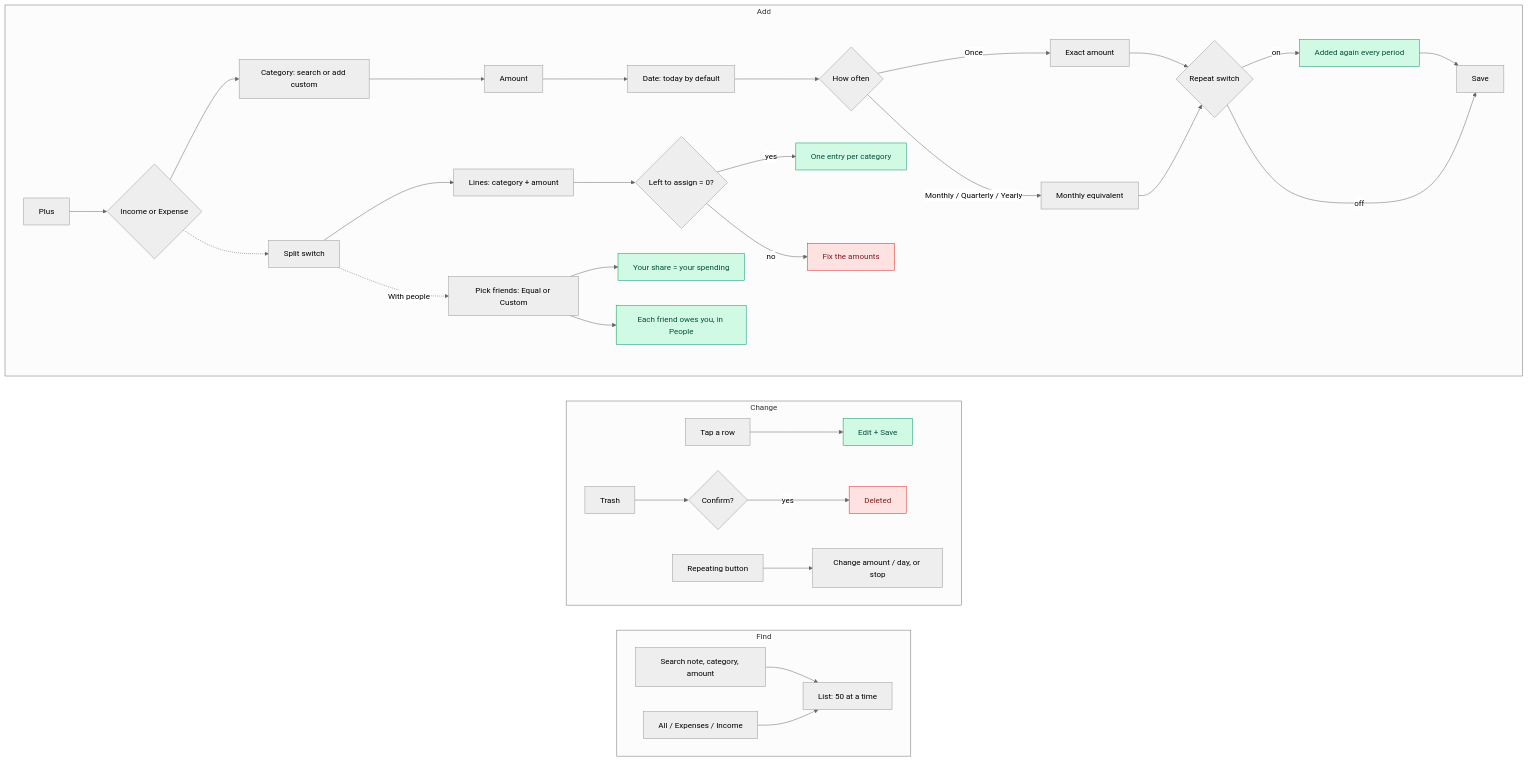
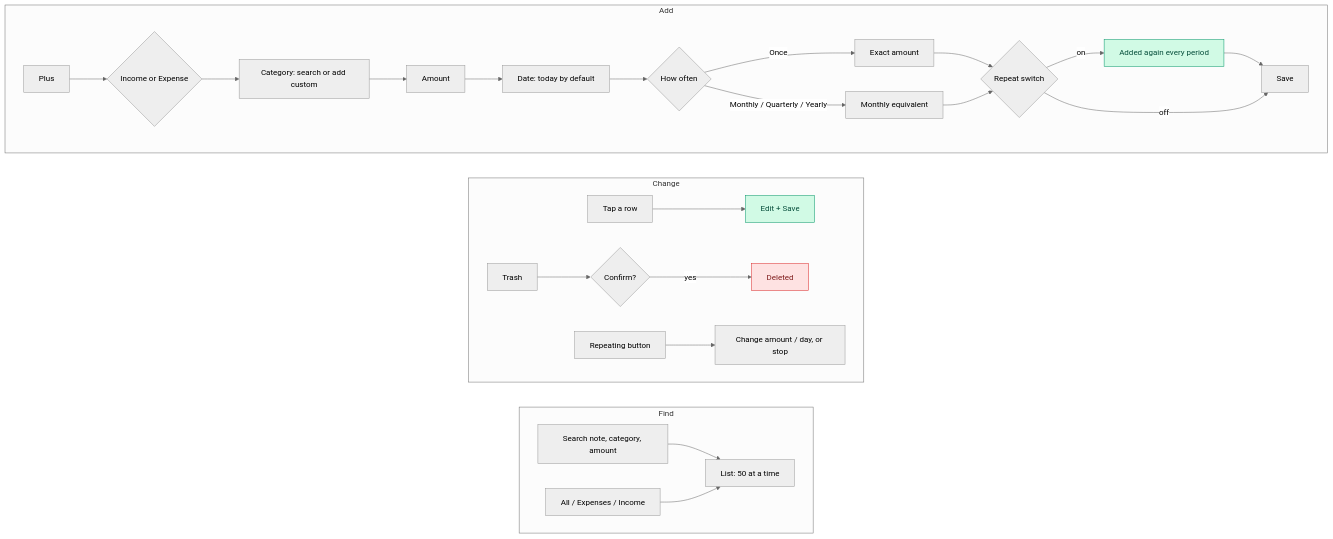
Diagram 11 of 26 in docs/USER_WORKFLOWS.md (rangnenwars/myBudgetApp), drawn with Mermaid (neutral theme) before and after one commit. The commit also changed other lines of this file and 66 other files, not shown here.

First line of the commit message:
Add per-user feature access, one monthly budget, simpler People flows

````diff
--- a/docs/USER_WORKFLOWS.md
+++ b/docs/USER_WORKFLOWS.md
@@ -251,35 +250,30 @@
 ```mermaid
 flowchart TB
   subgraph ADD["Add"]
     direction LR
     a1["Plus"] --> a2{"Income or Expense"} --> a3["Category: search or add custom"] --> a4["Amount"] --> a5["Date: today by default"] --> a6{"How often"}
-    a2 -.-> s1["Split switch"] --> s2["Lines: category + amount"] --> s3{"Left to assign = 0?"}
-    s3 -->|yes| s4["One entry per category"]:::ok
-    s3 -->|no| s5["Fix the amounts"]:::bad
-    s1 -.->|"With people"| w1["Pick friends: Equal or Custom"] --> w2["Your share = your spending"]:::ok
-    w1 --> w3["Each friend owes you, in People"]:::ok
     a6 -->|Once| a8["Exact amount"]
     a6 -->|"Monthly / Quarterly / Yearly"| a7["Monthly equivalent"]
     a8 --> a9{"Repeat switch"}
     a7 --> a9
     a9 -->|on| a10["Added again every period"]:::ok --> a11["Save"]
     a9 -->|off| a11
   end
   subgraph CHANGE["Change"]
     direction LR
     b1["Tap a row"] --> b2["Edit + Save"]:::ok
     b3["Trash"] --> b4{"Confirm?"} -->|yes| b5["Deleted"]:::bad
     b6["Repeating button"] --> b7["Change amount / day, or stop"]
   end
   subgraph FIND["Find"]
     direction LR
     c1["Search note, category, amount"] --> c3["List: 50 at a time"]
     c2["All / Expenses / Income"] --> c3
   end
   ADD ~~~ CHANGE ~~~ FIND
   classDef entry fill:#dbeafe,stroke:#2563eb,color:#1e3a8a
   classDef ok fill:#d1fae5,stroke:#059669,color:#064e3b
   classDef bad fill:#fee2e2,stroke:#dc2626,color:#7f1d1d
   classDef pro fill:#ede9fe,stroke:#7c3aed,color:#4c1d95
   classDef warn fill:#fef3c7,stroke:#d97706,color:#78350f
 ```
````
